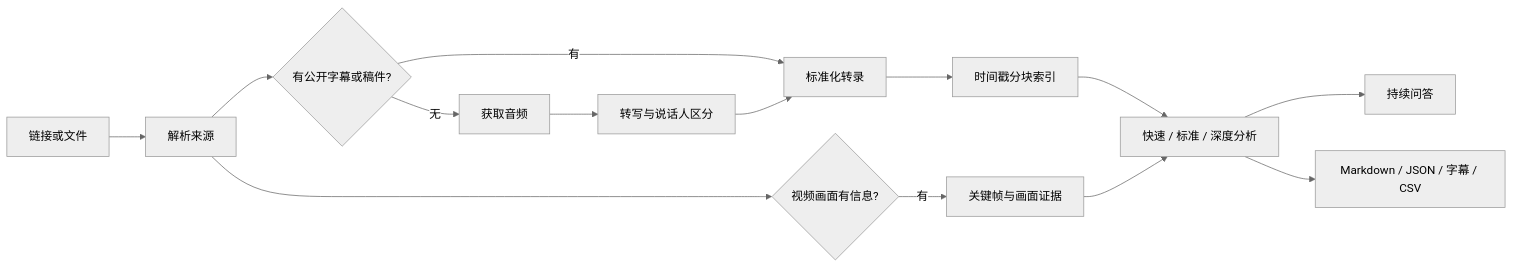
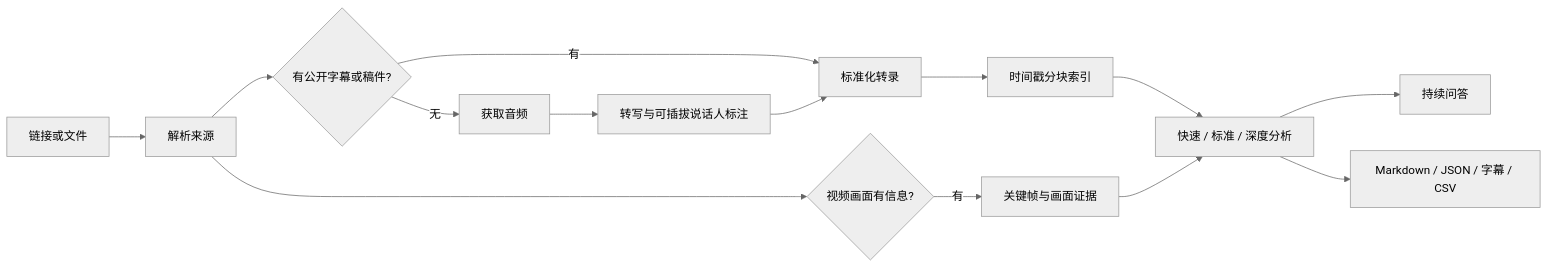
One commit to Fangx-AI/podcast-reader changed the diagram in README.md. Above: the diagram before and after it, drawn with Mermaid (neutral theme). The commit also changed other lines of this file and 53 other files, not shown here.

````diff
--- a/README.md
+++ b/README.md
@@ -68,16 +70,16 @@
 ```mermaid
 flowchart LR
     A[链接或文件] --> B[解析来源]
     B --> C{有公开字幕或稿件?}
     C -->|有| D[标准化转录]
     C -->|无| E[获取音频]
-    E --> F[转写与说话人区分]
+    E --> F[转写与可插拔说话人标注]
     F --> D
     D --> G[时间戳分块索引]
     G --> H[快速 / 标准 / 深度分析]
     H --> I[持续问答]
     H --> J[Markdown / JSON / 字幕 / CSV]
     B --> K{视频画面有信息?}
     K -->|有| L[关键帧与画面证据]
     L --> H
 ```
````
